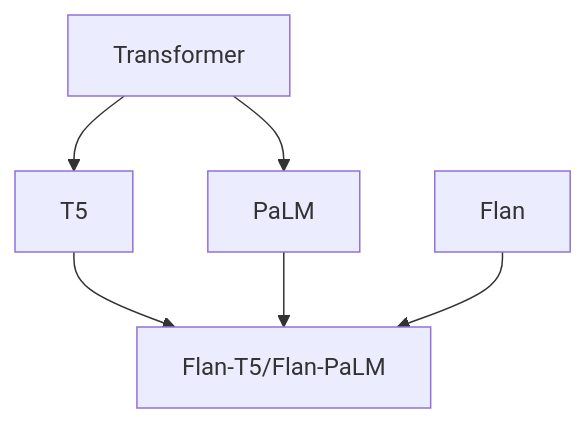
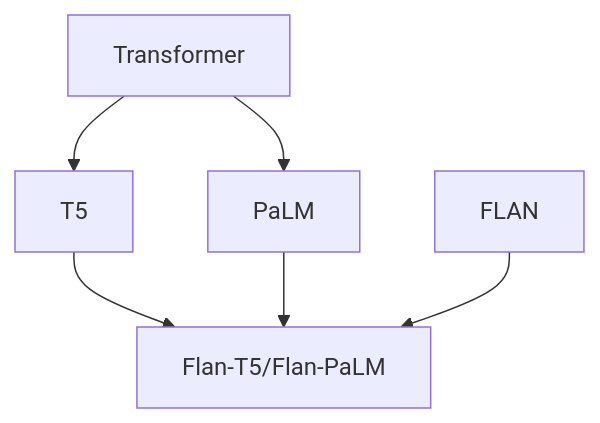
Diagram 12 of 19 in doc/llm.md (ted-sharp/chatvox), drawn with Mermaid before and after one commit. The commit also changed other lines of this file, not shown here.

````diff
--- a/doc/llm.md
+++ b/doc/llm.md
@@ -533,7 +533,7 @@
 ```mermaid
 flowchart
 
 Transformer --> T5 --> Flan-T5/Flan-PaLM
 Transformer --> PaLM --> Flan-T5/Flan-PaLM
-Flan --> Flan-T5/Flan-PaLM
+FLAN --> Flan-T5/Flan-PaLM
 ```
````
